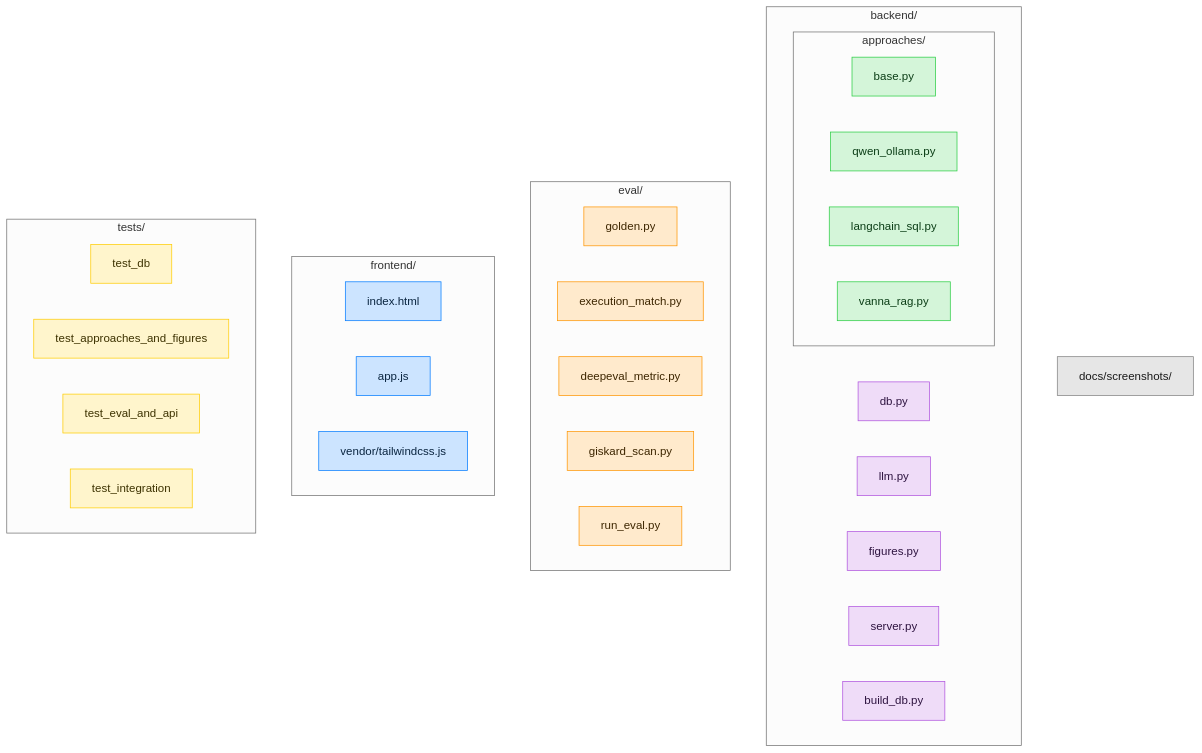
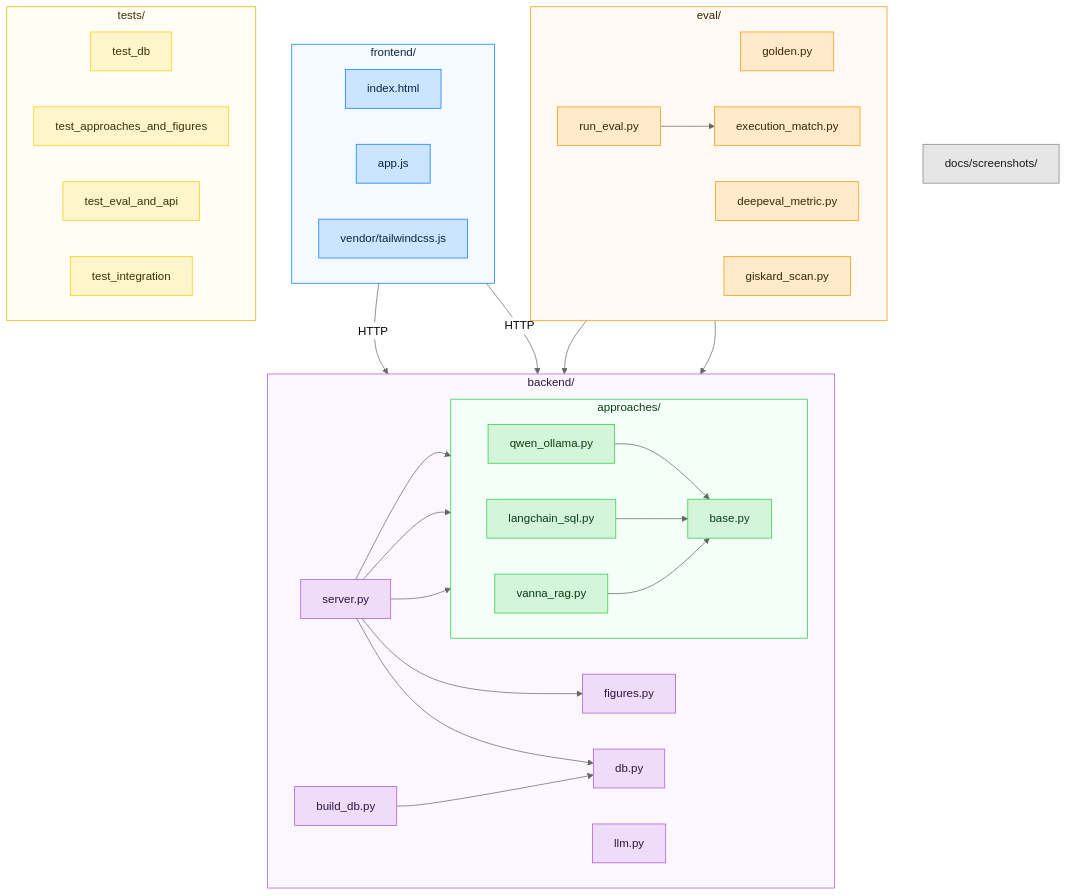
One commit to warith-harchaoui/sql changed the second of 2 diagrams in LISEZMOI.md. Above: the diagram before and after it, drawn with Mermaid (neutral theme). The commit also changed other lines of this file and 20 other files, not shown here.

````diff
--- a/LISEZMOI.md
+++ b/LISEZMOI.md
@@ -218,38 +223,62 @@
 ```mermaid
 flowchart TB
     subgraph backend["backend/"]
         direction LR
         db["db.py"]; llm["llm.py"]; fig["figures.py"]; srv["server.py"]; bld["build_db.py"]
         subgraph approaches["approaches/"]
             direction LR
             base["base.py"]; qw["qwen_ollama.py"]; lc["langchain_sql.py"]; vn["vanna_rag.py"]
         end
     end
     subgraph eval["eval/"]
         direction LR
         gold["golden.py"]; exm["execution_match.py"]; de["deepeval_metric.py"]; gk["giskard_scan.py"]; rev["run_eval.py"]
     end
     subgraph frontend["frontend/"]
         direction LR
         idx["index.html"]; app["app.js"]; tw["vendor/tailwindcss.js"]
     end
     subgraph tests["tests/"]
         direction LR
         t1["test_db"]; t2["test_approaches_and_figures"]; t3["test_eval_and_api"]; t4["test_integration"]
     end
     docs["docs/screenshots/"]
 
+    %% Arcs : qui dépend de qui (le flux réel du dépôt)
+    idx -->|HTTP| srv
+    app -->|HTTP| srv
+    srv --> qw
+    srv --> lc
+    srv --> vn
+    srv --> fig
+    srv --> db
+    qw --> base
+    lc --> base
+    vn --> base
+    rev --> qw
+    rev --> exm
+    exm --> db
+    bld --> db
+
     %% Palette : https://harchaoui.org/warith/colors/
     classDef beC fill:#EFDCF8,stroke:#AF52DE,color:#2e1440;
     classDef apC fill:#D4F5D9,stroke:#28CD41,color:#0b3d16;
     classDef evC fill:#FFEACC,stroke:#FF9500,color:#3d2600;
     classDef frC fill:#CCE4FF,stroke:#007AFF,color:#0a2540;
     classDef teC fill:#FFF5CC,stroke:#FFCC00,color:#3d3200;
     classDef doC fill:#E6E6E6,stroke:#808080,color:#1a1a1a;
     class db,llm,fig,srv,bld beC;
     class base,qw,lc,vn apC;
     class gold,exm,de,gk,rev evC;
     class idx,app,tw frC;
     class t1,t2,t3,t4 teC;
     class docs doC;
+
+    %% Conteneurs de sous-graphes : fonds quasi-blancs teintés (bordure = couleur
+    %% du groupe) pour que les nœuds pastel ressortent au lieu d'être noyés.
+    style backend fill:#FBF7FF,stroke:#AF52DE,color:#2e1440;
+    style approaches fill:#F4FFF7,stroke:#28CD41,color:#0b3d16;
+    style eval fill:#FFFBF4,stroke:#FF9500,color:#3d2600;
+    style frontend fill:#F4FAFF,stroke:#007AFF,color:#0a2540;
+    style tests fill:#FFFDF4,stroke:#E0B400,color:#3d3200;
 ```
````
